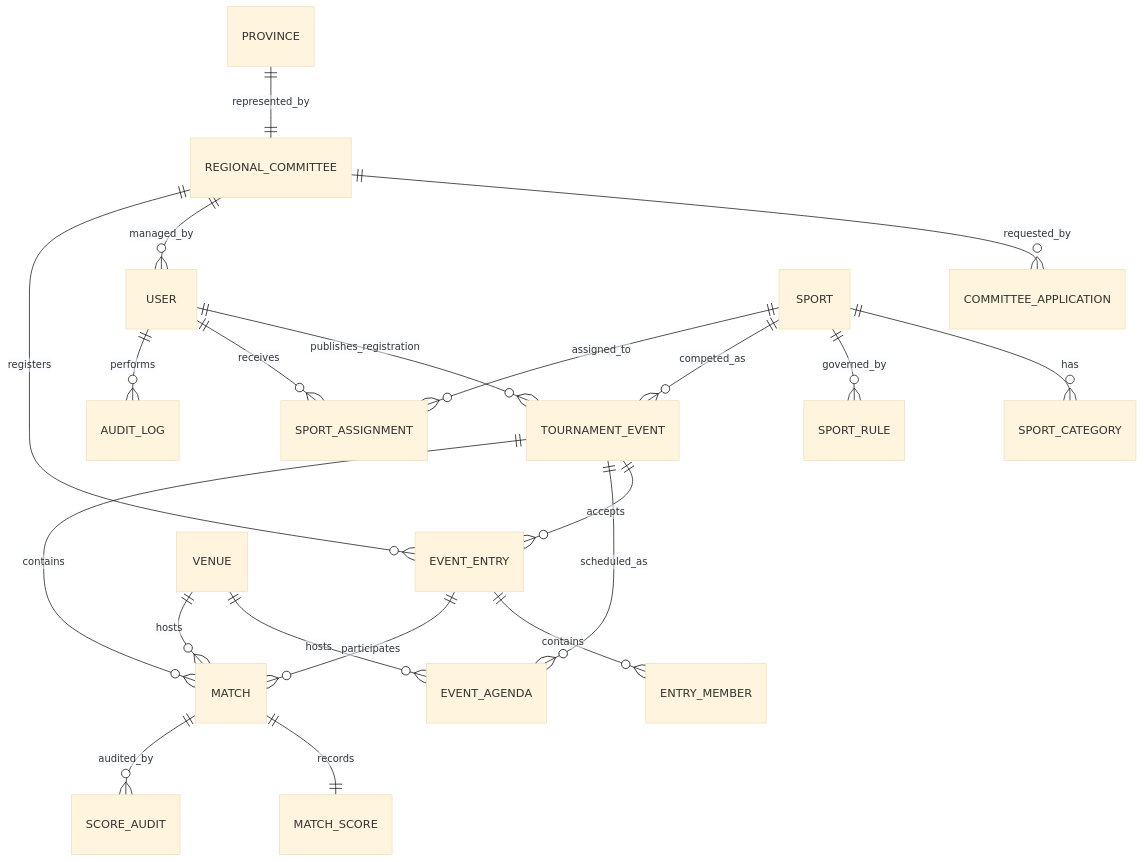
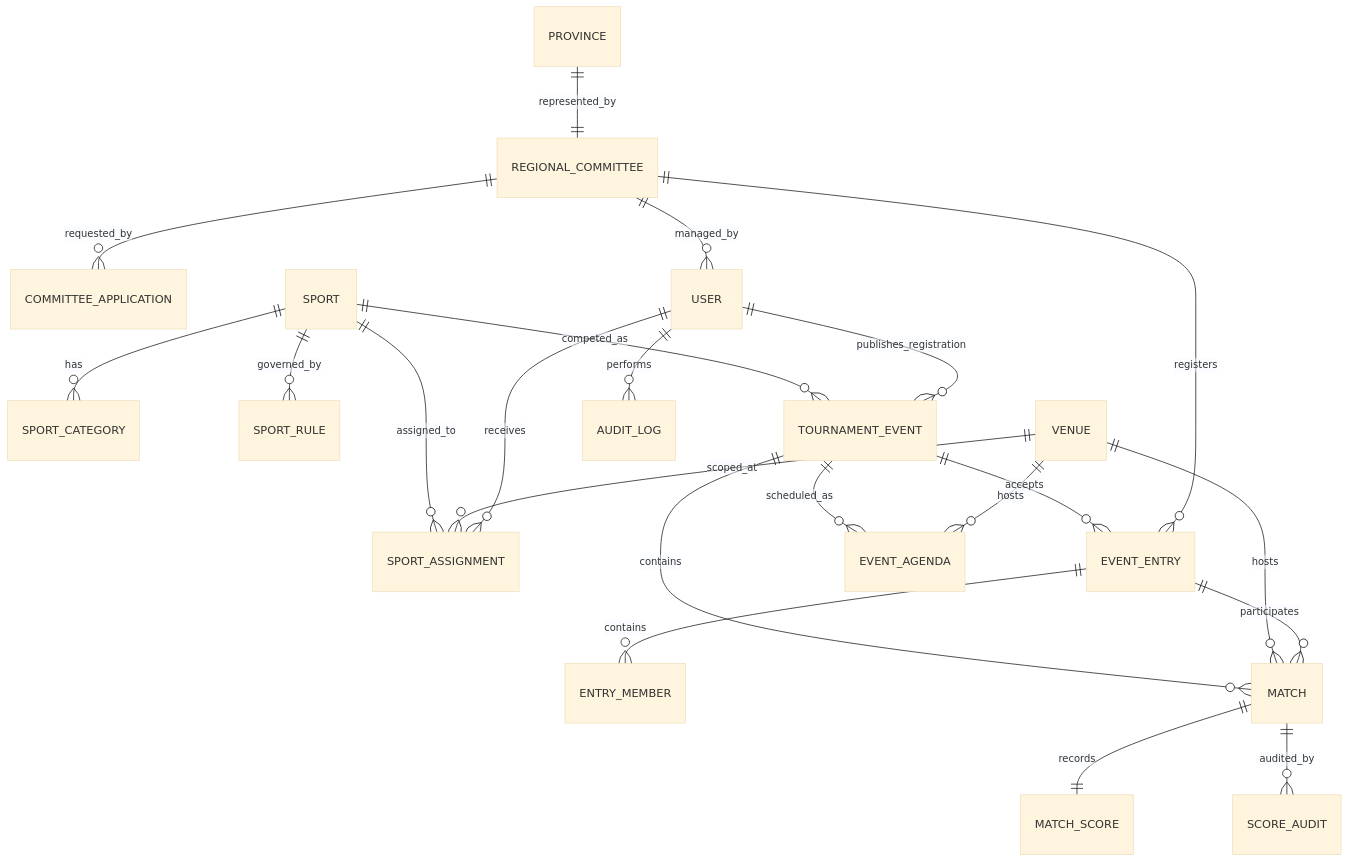
Before and after one commit to henry1224/sport-perpamsi: the diagram in docs/02-data/erd.md, drawn with Mermaid (base theme). The commit also changed other lines of this file and 13 other files, not shown here.

````diff
--- a/docs/02-data/erd.md
+++ b/docs/02-data/erd.md
@@ -3,23 +3,24 @@
 ```mermaid
 erDiagram
     PROVINCE ||--|| REGIONAL_COMMITTEE : represented_by
     REGIONAL_COMMITTEE ||--o{ COMMITTEE_APPLICATION : requested_by
     REGIONAL_COMMITTEE ||--o{ USER : managed_by
     SPORT ||--o{ SPORT_CATEGORY : has
     SPORT ||--o{ SPORT_RULE : governed_by
     SPORT ||--o{ TOURNAMENT_EVENT : competed_as
     USER ||--o{ TOURNAMENT_EVENT : publishes_registration
     SPORT ||--o{ SPORT_ASSIGNMENT : assigned_to
+    VENUE ||--o{ SPORT_ASSIGNMENT : scoped_at
     USER ||--o{ SPORT_ASSIGNMENT : receives
     TOURNAMENT_EVENT ||--o{ EVENT_ENTRY : accepts
     REGIONAL_COMMITTEE ||--o{ EVENT_ENTRY : registers
     EVENT_ENTRY ||--o{ ENTRY_MEMBER : contains
     TOURNAMENT_EVENT ||--o{ EVENT_AGENDA : scheduled_as
     VENUE ||--o{ EVENT_AGENDA : hosts
     TOURNAMENT_EVENT ||--o{ MATCH : contains
     VENUE ||--o{ MATCH : hosts
     EVENT_ENTRY ||--o{ MATCH : participates
     MATCH ||--|| MATCH_SCORE : records
     MATCH ||--o{ SCORE_AUDIT : audited_by
     USER ||--o{ AUDIT_LOG : performs
 ```
````
